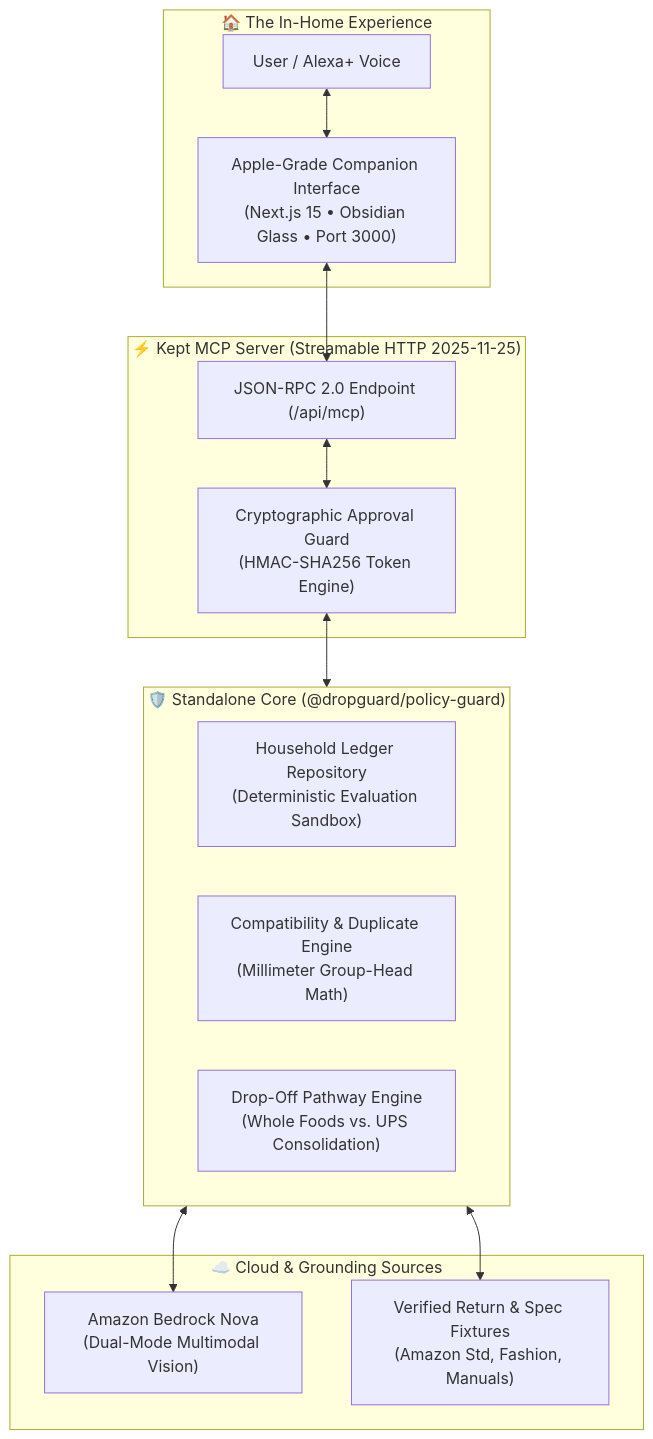
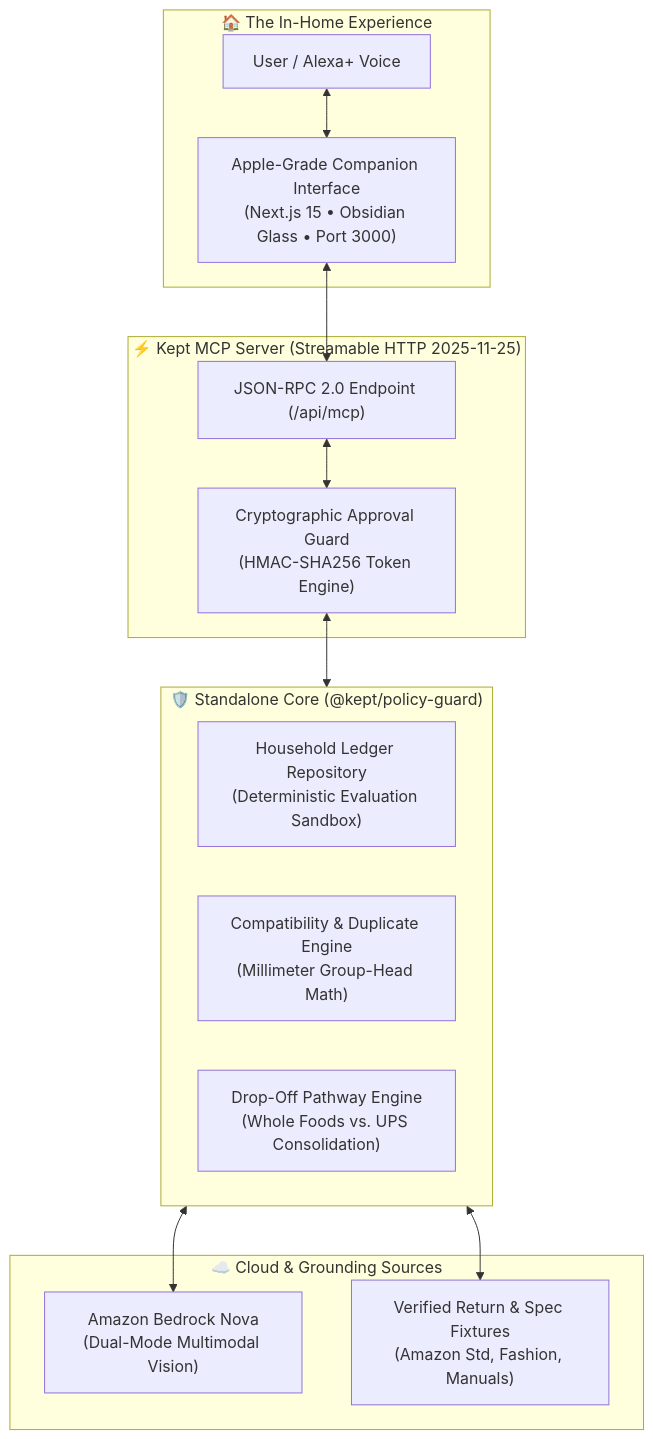
One commit to reachmeghanashyam-coder/kept-alexa-mcp changed the diagram in README.md. Above: the diagram before and after it, drawn with Mermaid. The commit also changed other lines of this file and 20 other files, not shown here.

````diff
--- a/README.md
+++ b/README.md
@@ -25,30 +25,30 @@
 ```mermaid
 flowchart TD
     subgraph Household["🏠 The In-Home Experience"]
         User["User / Alexa+ Voice"]
         UI["Apple-Grade Companion Interface\n(Next.js 15 • Obsidian Glass • Port 3000)"]
     end
 
     subgraph MCP["⚡ Kept MCP Server (Streamable HTTP 2025-11-25)"]
         RPC["JSON-RPC 2.0 Endpoint (/api/mcp)"]
         SecGuard["Cryptographic Approval Guard\n(HMAC-SHA256 Token Engine)"]
     end
 
-    subgraph CoreEngine["🛡️ Standalone Core (@dropguard/policy-guard)"]
+    subgraph CoreEngine["🛡️ Standalone Core (@kept/policy-guard)"]
         Store["Household Ledger Repository\n(Deterministic Evaluation Sandbox)"]
         Compat["Compatibility & Duplicate Engine\n(Millimeter Group-Head Math)"]
         ResEngine["Drop-Off Pathway Engine\n(Whole Foods vs. UPS Consolidation)"]
     end
 
     subgraph Cloud["☁️ Cloud & Grounding Sources"]
         Bedrock["Amazon Bedrock Nova\n(Dual-Mode Multimodal Vision)"]
         Policies["Verified Return & Spec Fixtures\n(Amazon Std, Fashion, Manuals)"]
     end
 
     User <--> UI
     UI <--> RPC
     RPC <--> SecGuard
     SecGuard <--> CoreEngine
     CoreEngine <--> Bedrock
     CoreEngine <--> Policies
 ```
````
